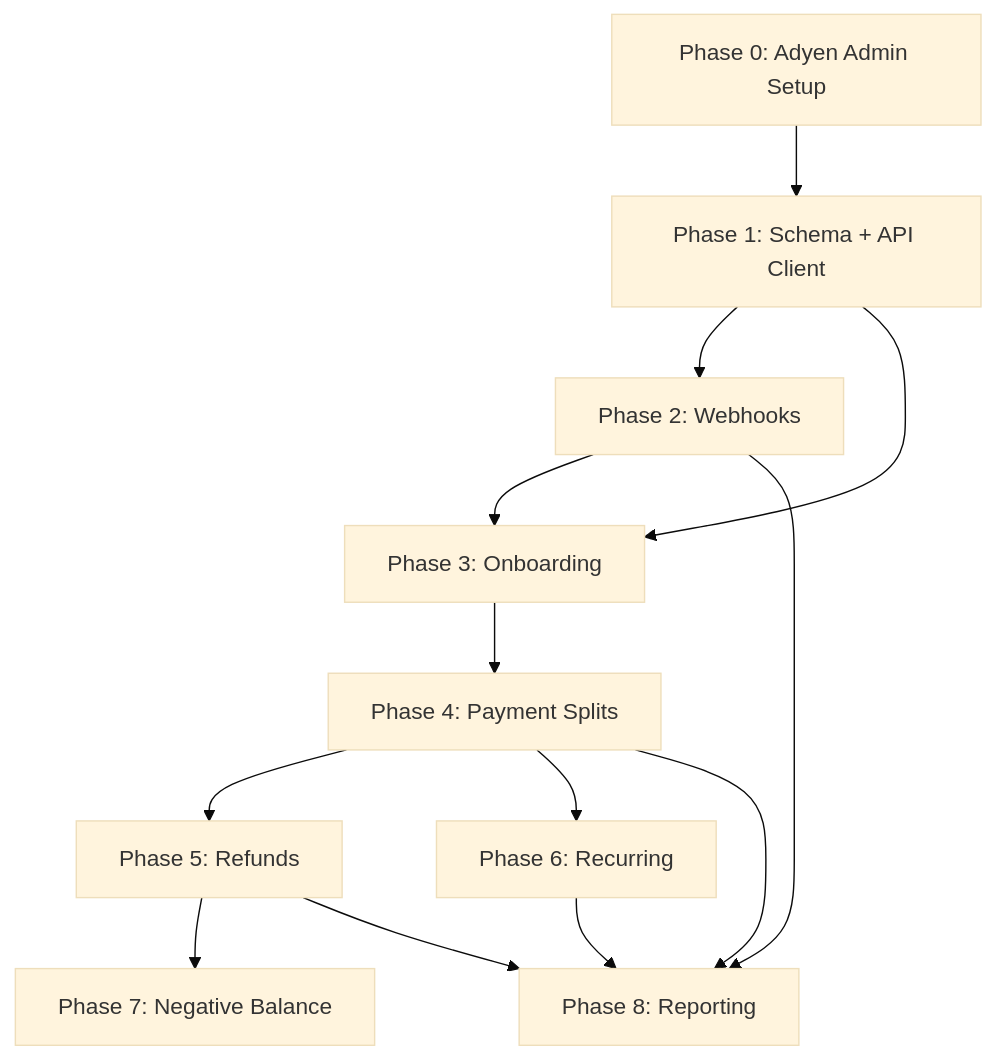
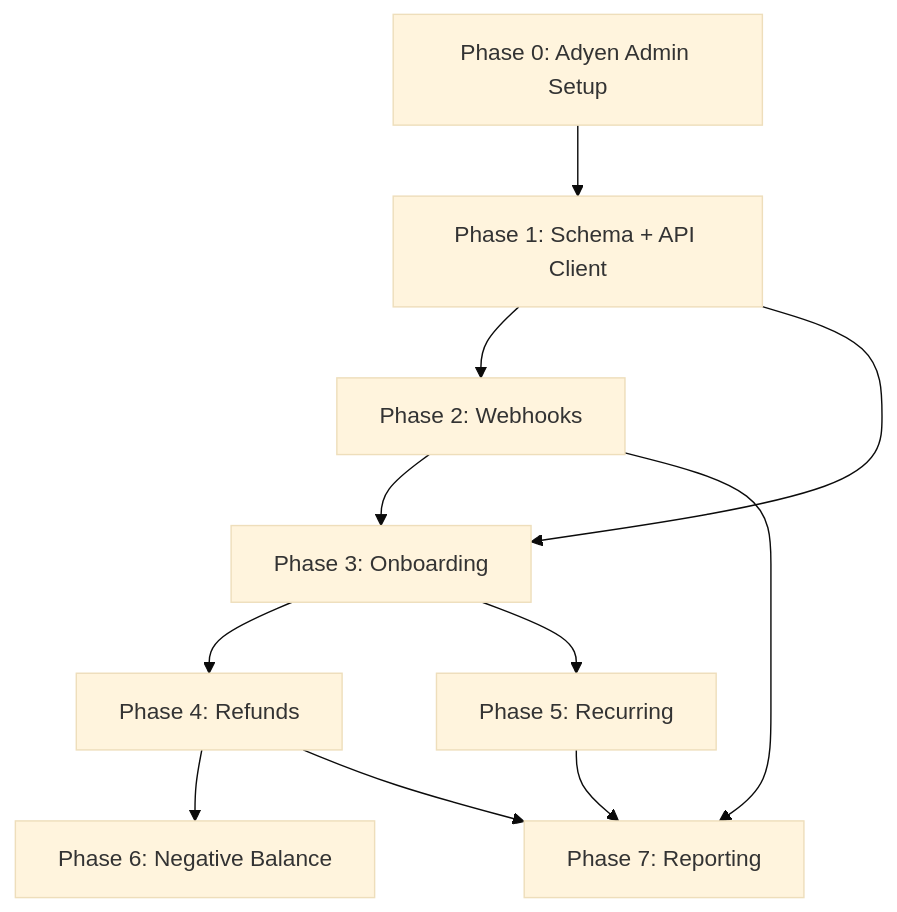
The diagram in docs/adyen-platform/README.md (nadilifter/twizzle), drawn with Mermaid (base theme) before and after one commit. The commit also changed other lines of this file and 22 other files, not shown here.

First line of the commit message:
feat: remove payment splits phase and implement refunds, recurring charges, and reporting

````diff
--- a/docs/adyen-platform/README.md
+++ b/docs/adyen-platform/README.md
@@ -21,25 +21,22 @@
 ```mermaid
 flowchart TD
     P0["Phase 0: Adyen Admin Setup"]
     P1["Phase 1: Schema + API Client"]
     P2["Phase 2: Webhooks"]
     P3["Phase 3: Onboarding"]
-    P4["Phase 4: Payment Splits"]
-    P5["Phase 5: Refunds"]
-    P6["Phase 6: Recurring"]
-    P7["Phase 7: Negative Balance"]
-    P8["Phase 8: Reporting"]
+    P4["Phase 4: Refunds"]
+    P5["Phase 5: Recurring"]
+    P6["Phase 6: Negative Balance"]
+    P7["Phase 7: Reporting"]
 
     P0 --> P1
     P1 --> P2
     P1 --> P3
     P2 --> P3
     P3 --> P4
-    P4 --> P5
+    P3 --> P5
     P4 --> P6
+    P2 --> P7
+    P4 --> P7
     P5 --> P7
-    P2 --> P8
-    P4 --> P8
-    P5 --> P8
-    P6 --> P8
 ```
````
